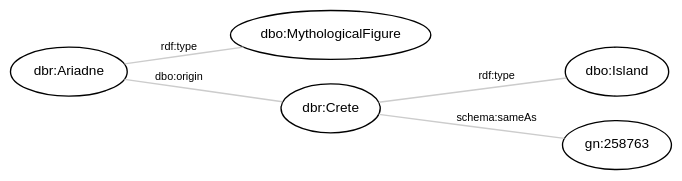
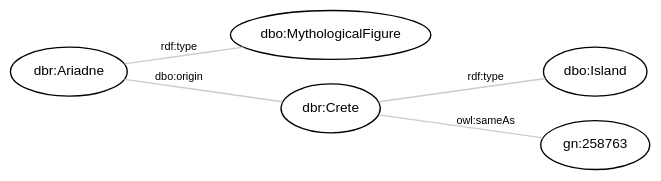
The sixth of 8 diagrams in ariadne/index.qmd (petrpajdla/atRium), drawn with Graphviz before and after one commit. The commit also changed other lines of this file and 1 other file, not shown here.

````diff
--- a/ariadne/index.qmd
+++ b/ariadne/index.qmd
@@ -428,24 +428,24 @@
 ```{dot}
 //| echo: false
 //| fig-width: 10
 //| fig-align: "left"
 
 graph G {
   rankdir=LR
   bgcolor="transparent"
   node [
     fontname="Vollkorn,sans-serif"
     fontsize="10"
   ]
   edge [
     fontname="Vollkorn,sans-serif" 
     fontsize="8"
     color="gray80"
   ]
   
   "dbr:Ariadne" -- "dbo:MythologicalFigure" [label="rdf:type"];
   "dbr:Ariadne" -- "dbr:Crete" [label="dbo:origin"];
   "dbr:Crete" -- "dbo:Island" [label="rdf:type"];
-  "dbr:Crete" -- "gn:258763" [label="schema:sameAs"];
+  "dbr:Crete" -- "gn:258763" [label="owl:sameAs"];
 }
 ```
````
